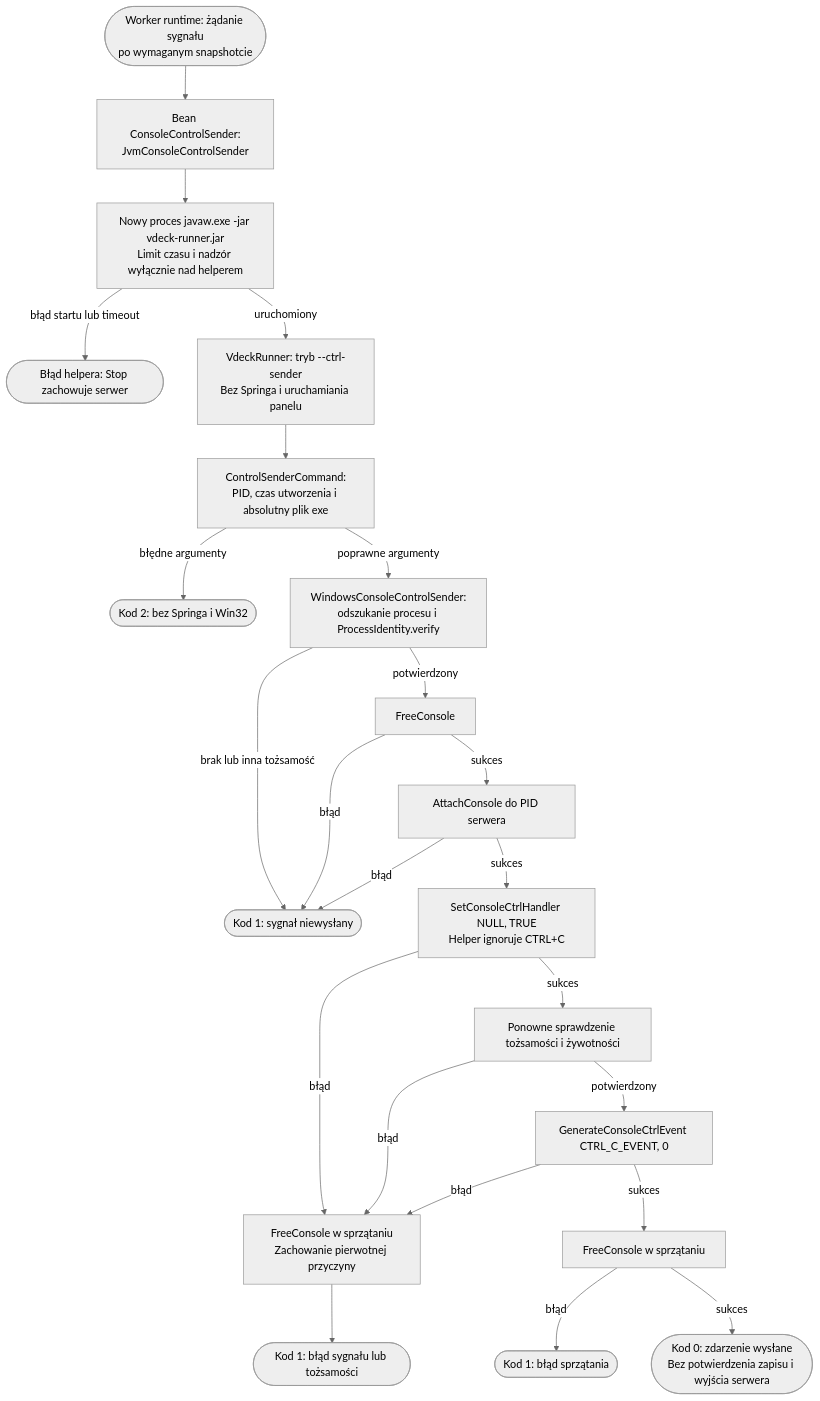
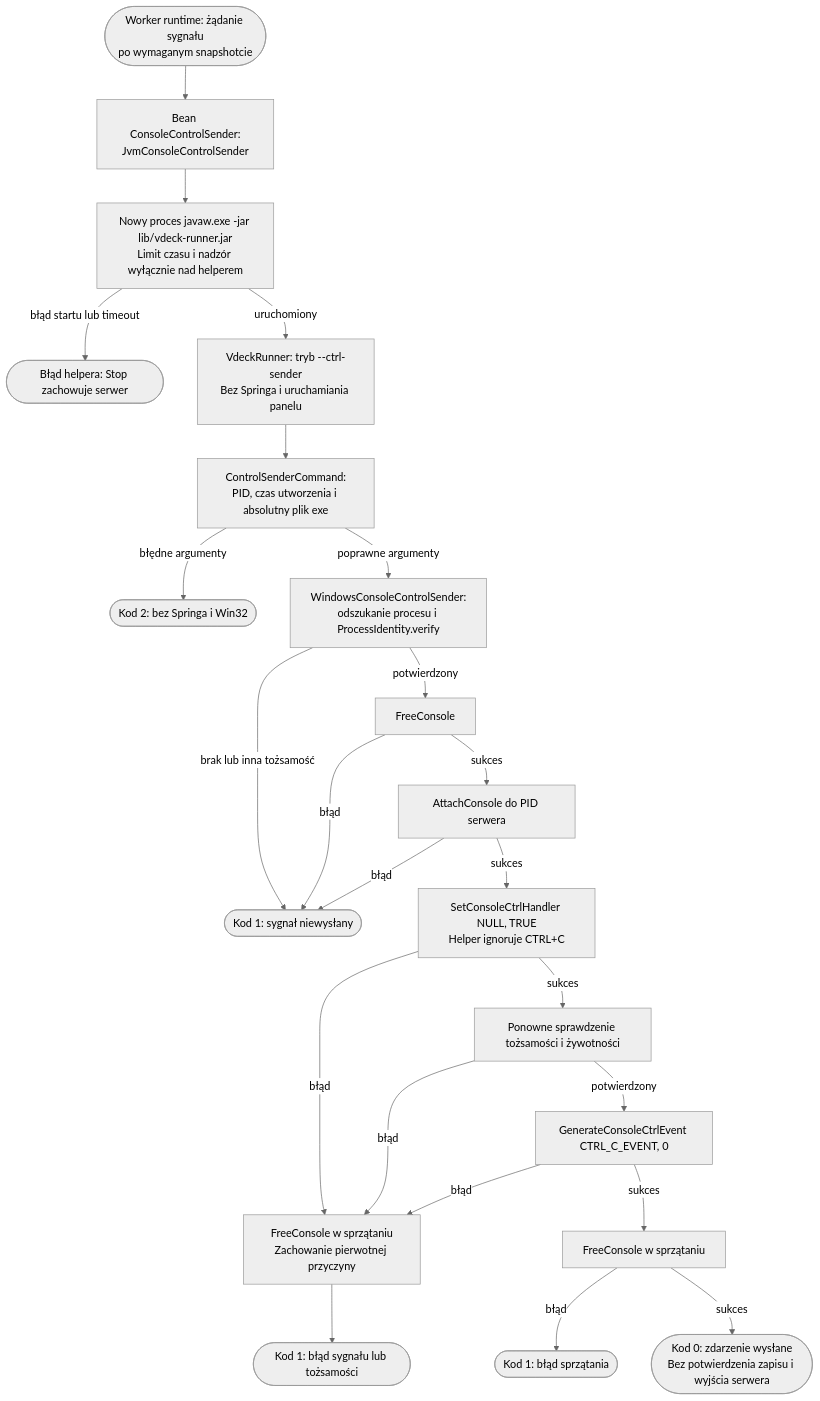
One commit to Pplociennik/vDeck changed the diagram in dokumentacja/diagramy/server/przeplyw-helper-ctrl-c.mmd. Above: the diagram before and after it, drawn with Mermaid (neutral theme). The commit also changed 53 other files, not shown here.

```diff
--- a/dokumentacja/diagramy/server/przeplyw-helper-ctrl-c.mmd
+++ b/dokumentacja/diagramy/server/przeplyw-helper-ctrl-c.mmd
@@ -1,24 +1,24 @@
 %% Diagram przepływu: techniczny helper CTRL+C
 flowchart TD
     request([Worker runtime: żądanie sygnału<br/>po wymaganym snapshotcie]) --> bean[Bean ConsoleControlSender:<br/>JvmConsoleControlSender]
-    bean --> launch[Nowy proces javaw.exe -jar vdeck-runner.jar<br/>Limit czasu i nadzór wyłącznie nad helperem]
+    bean --> launch[Nowy proces javaw.exe -jar lib/vdeck-runner.jar<br/>Limit czasu i nadzór wyłącznie nad helperem]
     launch -- błąd startu lub timeout --> failure([Błąd helpera: Stop zachowuje serwer])
     launch -- uruchomiony --> command[VdeckRunner: tryb --ctrl-sender<br/>Bez Springa i uruchamiania panelu]
     command --> parse[ControlSenderCommand:<br/>PID, czas utworzenia i absolutny plik exe]
     parse -- błędne argumenty --> invalid([Kod 2: bez Springa i Win32])
     parse -- poprawne argumenty --> lookup[WindowsConsoleControlSender:<br/>odszukanie procesu i ProcessIdentity.verify]
     lookup -- brak lub inna tożsamość --> failed([Kod 1: sygnał niewysłany])
     lookup -- potwierdzony --> free[FreeConsole]
     free -- błąd --> failed
     free -- sukces --> attach[AttachConsole do PID serwera]
     attach -- błąd --> failed
     attach -- sukces --> handler[SetConsoleCtrlHandler NULL, TRUE<br/>Helper ignoruje CTRL+C]
     handler -- sukces --> verify[Ponowne sprawdzenie tożsamości i żywotności]
     verify -- potwierdzony --> send[GenerateConsoleCtrlEvent CTRL_C_EVENT, 0]
     handler -- błąd --> cleanupError[FreeConsole w sprzątaniu<br/>Zachowanie pierwotnej przyczyny]
     verify -- błąd --> cleanupError
     send -- błąd --> cleanupError
     cleanupError --> errorExit([Kod 1: błąd sygnału lub tożsamości])
     send -- sukces --> cleanup[FreeConsole w sprzątaniu]
     cleanup -- błąd --> cleanupExit([Kod 1: błąd sprzątania])
     cleanup -- sukces --> success([Kod 0: zdarzenie wysłane<br/>Bez potwierdzenia zapisu i wyjścia serwera])
```
